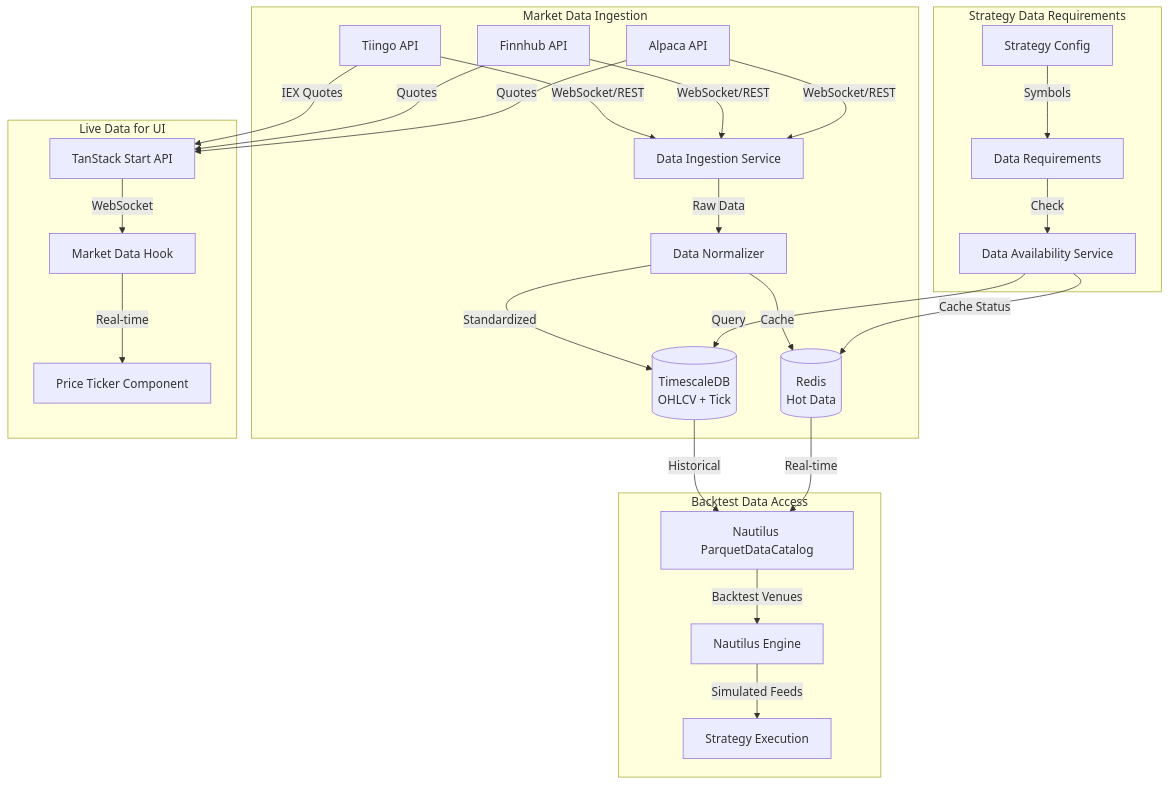
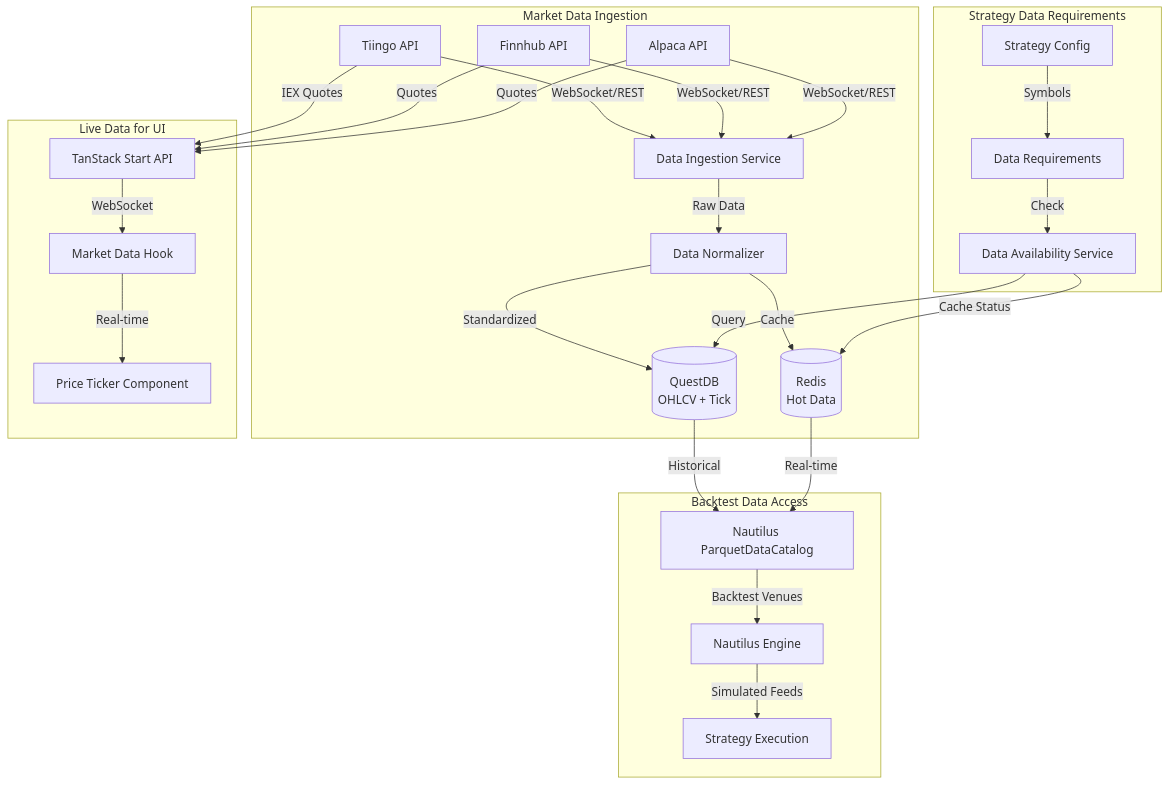
One commit to huydhoang/quantlens-docs changed the fifth of 9 diagrams in system_design.md. Above: the diagram before and after it, drawn with Mermaid. The commit also changed other lines of this file and 5 other files, not shown here.

Commit message:
docs: update to local-first architecture with QuestDB, Docker Compose, and Neon platform

````diff
--- a/system_design.md
+++ b/system_design.md
@@ -183,35 +187,35 @@
 ```mermaid
 graph TB
     subgraph "Market Data Ingestion"
         T[Tiingo API] -->|WebSocket/REST| C[Data Ingestion Service]
         F[Finnhub API] -->|WebSocket/REST| C
         A[Alpaca API] -->|WebSocket/REST| C
         
         C -->|Raw Data| D[Data Normalizer]
-        D -->|Standardized| E[(TimescaleDB<br/>OHLCV + Tick)]
+        D -->|Standardized| E[(QuestDB<br/>OHLCV + Tick)]
         D -->|Cache| R[(Redis<br/>Hot Data)]
     end
     
     subgraph "Backtest Data Access"
         E -->|Historical| G[Nautilus ParquetDataCatalog]
         R -->|Real-time| G
         
         G -->|Backtest Venues| H[Nautilus Engine]
         H -->|Simulated Feeds| I[Strategy Execution]
     end
     
     subgraph "Live Data for UI"
         T -->|IEX Quotes| J[TanStack Start API]
         F -->|Quotes| J
         A -->|Quotes| J
         J -->|WebSocket| K[Market Data Hook]
         K -->|Real-time| L[Price Ticker Component]
     end
     
     subgraph "Strategy Data Requirements"
         M[Strategy Config] -->|Symbols| N[Data Requirements]
         N -->|Check| O[Data Availability Service]
         O -->|Query| E
         O -->|Cache Status| R
     end
 ```
````
